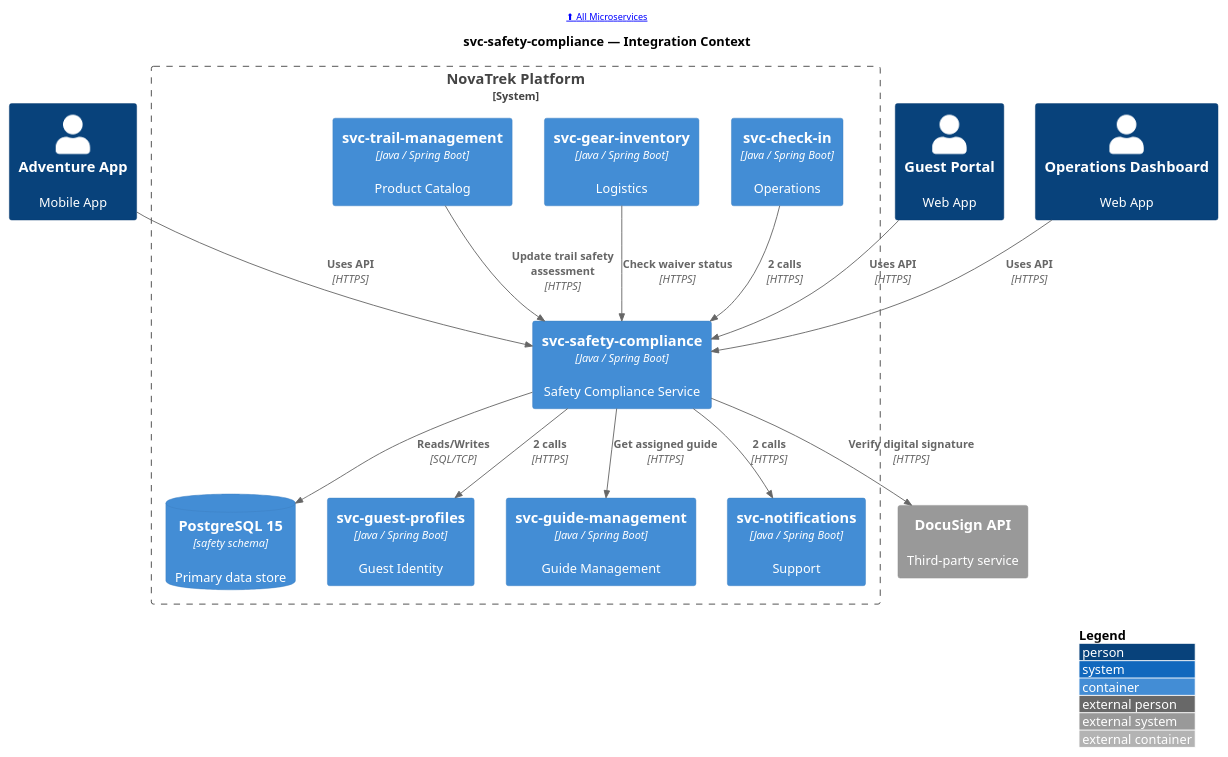
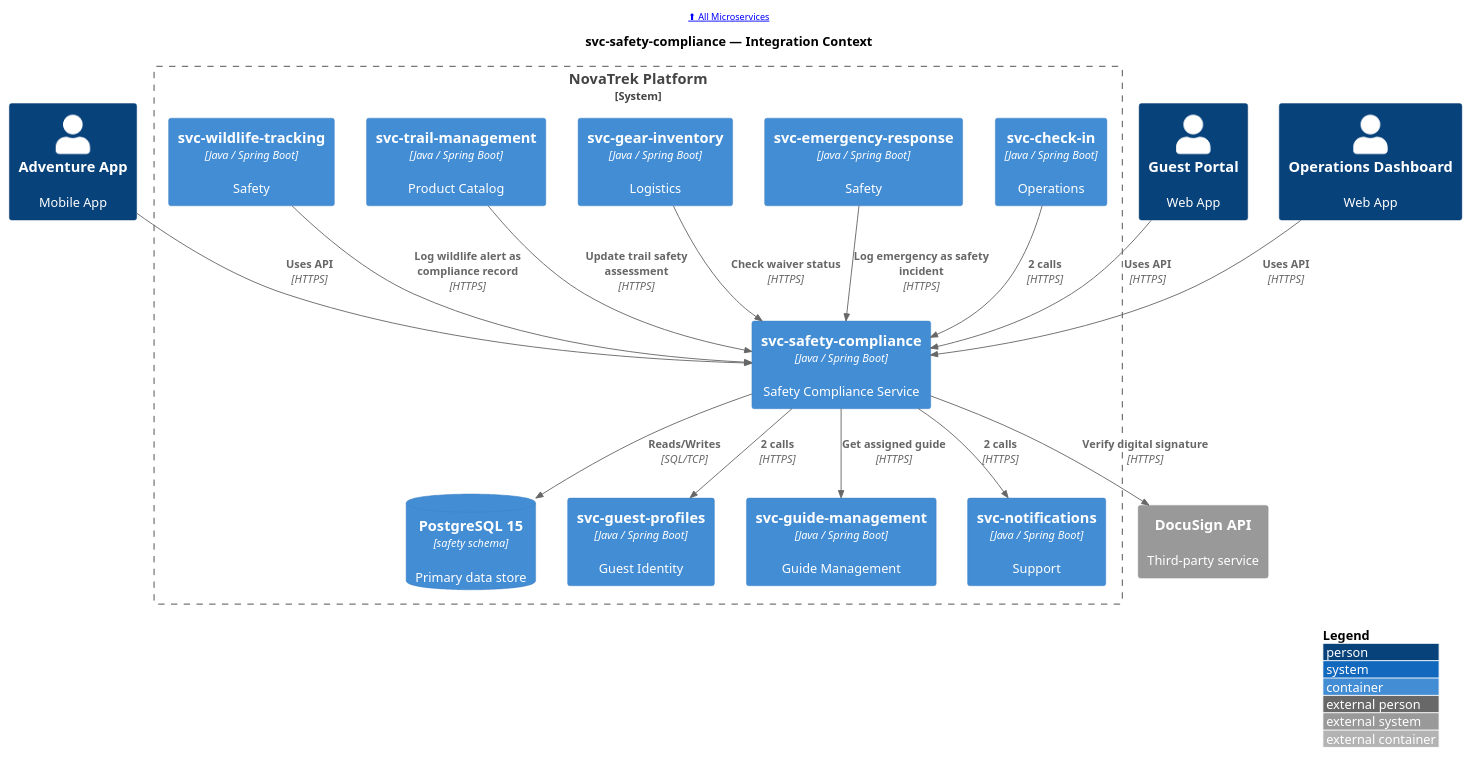
Before and after one commit to christopherblaisdell/continuous-architecture-platform-poc: the diagram in portal/site/microservices/puml/svc-safety-compliance--c4-context.puml, drawn with PlantUML. The commit also changed 122 other files, not shown here.

Commit message:
Add svc-emergency-response and svc-wildlife-tracking: 2 new Safety domain services with OpenAPI specs, AsyncAPI events, metadata, 182 diagrams, deployed to Azure SWA

```diff
--- a/portal/site/microservices/puml/svc-safety-compliance--c4-context.puml
+++ b/portal/site/microservices/puml/svc-safety-compliance--c4-context.puml
@@ -1,40 +1,44 @@
 @startuml
 !include <c4/C4_Container>
 
 LAYOUT_WITH_LEGEND()
 LAYOUT_TOP_DOWN()
 
 header [[/microservices/ ⬆ All Microservices]]
 
 title svc-safety-compliance — Integration Context
 
 Person(app_guest_mobile, "Adventure App", "Mobile App", $link="/applications/app-guest-mobile/#service-dependencies")
 Person(web_guest_portal, "Guest Portal", "Web App", $link="/applications/web-guest-portal/#service-dependencies")
 Person(web_ops_dashboard, "Operations Dashboard", "Web App", $link="/applications/web-ops-dashboard/#service-dependencies")
 
 System_Boundary(boundary, "NovaTrek Platform") {
     Container(svc_safety_compliance, "svc-safety-compliance", "Java / Spring Boot", "Safety Compliance Service", $link="/microservices/svc-safety-compliance/")
     ContainerDb(svc_safety_compliance_db, "PostgreSQL 15", "safety schema", "Primary data store", $link="/microservices/svc-safety-compliance/#data-store")
     Container(svc_check_in, "svc-check-in", "Java / Spring Boot", "Operations", $link="/microservices/svc-check-in/#integration-context")
+    Container(svc_emergency_response, "svc-emergency-response", "Java / Spring Boot", "Safety", $link="/microservices/svc-emergency-response/#integration-context")
     Container(svc_gear_inventory, "svc-gear-inventory", "Java / Spring Boot", "Logistics", $link="/microservices/svc-gear-inventory/#integration-context")
     Container(svc_trail_management, "svc-trail-management", "Java / Spring Boot", "Product Catalog", $link="/microservices/svc-trail-management/#integration-context")
+    Container(svc_wildlife_tracking, "svc-wildlife-tracking", "Java / Spring Boot", "Safety", $link="/microservices/svc-wildlife-tracking/#integration-context")
     Container(svc_guest_profiles, "svc-guest-profiles", "Java / Spring Boot", "Guest Identity", $link="/microservices/svc-guest-profiles/#integration-context")
     Container(svc_guide_management, "svc-guide-management", "Java / Spring Boot", "Guide Management", $link="/microservices/svc-guide-management/#integration-context")
     Container(svc_notifications, "svc-notifications", "Java / Spring Boot", "Support", $link="/microservices/svc-notifications/#integration-context")
 }
 
 System_Ext(DocuSign_API, "DocuSign API", "Third-party service", $link="/actors/#docusign-api")
 
 Rel(app_guest_mobile, svc_safety_compliance, "Uses API", "HTTPS")
 Rel(web_guest_portal, svc_safety_compliance, "Uses API", "HTTPS")
 Rel(web_ops_dashboard, svc_safety_compliance, "Uses API", "HTTPS")
 Rel(svc_check_in, svc_safety_compliance, "2 calls", "HTTPS")
+Rel(svc_emergency_response, svc_safety_compliance, "Log emergency as safety incident", "HTTPS")
 Rel(svc_gear_inventory, svc_safety_compliance, "Check waiver status", "HTTPS")
 Rel(svc_trail_management, svc_safety_compliance, "Update trail safety assessment", "HTTPS")
+Rel(svc_wildlife_tracking, svc_safety_compliance, "Log wildlife alert as compliance record", "HTTPS")
 Rel(svc_safety_compliance, svc_safety_compliance_db, "Reads/Writes", "SQL/TCP")
 Rel(svc_safety_compliance, svc_guest_profiles, "2 calls", "HTTPS")
 Rel(svc_safety_compliance, svc_guide_management, "Get assigned guide", "HTTPS")
 Rel(svc_safety_compliance, svc_notifications, "2 calls", "HTTPS")
 Rel(svc_safety_compliance, DocuSign_API, "Verify digital signature", "HTTPS")
 
 @enduml
```
